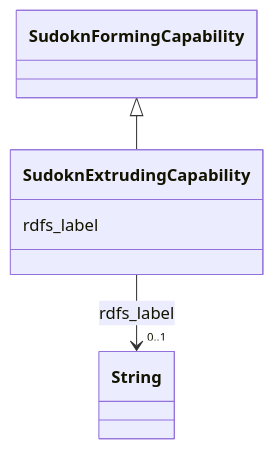
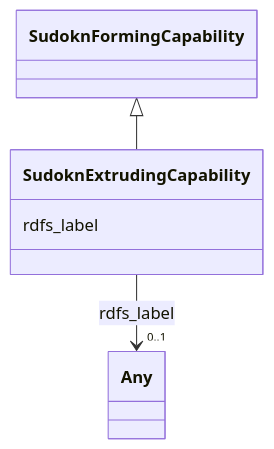
The diagram in sudokn-kg/classes/SudoknExtrudingCapability.md (frink-okn/graph-descriptions), drawn with Mermaid before and after one commit. The commit also changed other lines of this file and 903 other files, not shown here.

````diff
--- a/sudokn-kg/classes/SudoknExtrudingCapability.md
+++ b/sudokn-kg/classes/SudoknExtrudingCapability.md
@@ -23,18 +18,18 @@
 ```mermaid
  classDiagram
     class SudoknExtrudingCapability
     click SudoknExtrudingCapability href "../SudoknExtrudingCapability"
       SudoknFormingCapability <|-- SudoknExtrudingCapability
         click SudoknFormingCapability href "../SudoknFormingCapability"
       
       SudoknExtrudingCapability : rdfs_label
         
           
     
     
-    SudoknExtrudingCapability --> "0..1" String : rdfs_label
-    click String href "../String"
+    SudoknExtrudingCapability --> "0..1" Any : rdfs_label
+    click Any href "../Any"
 
         
       
 ```
````
